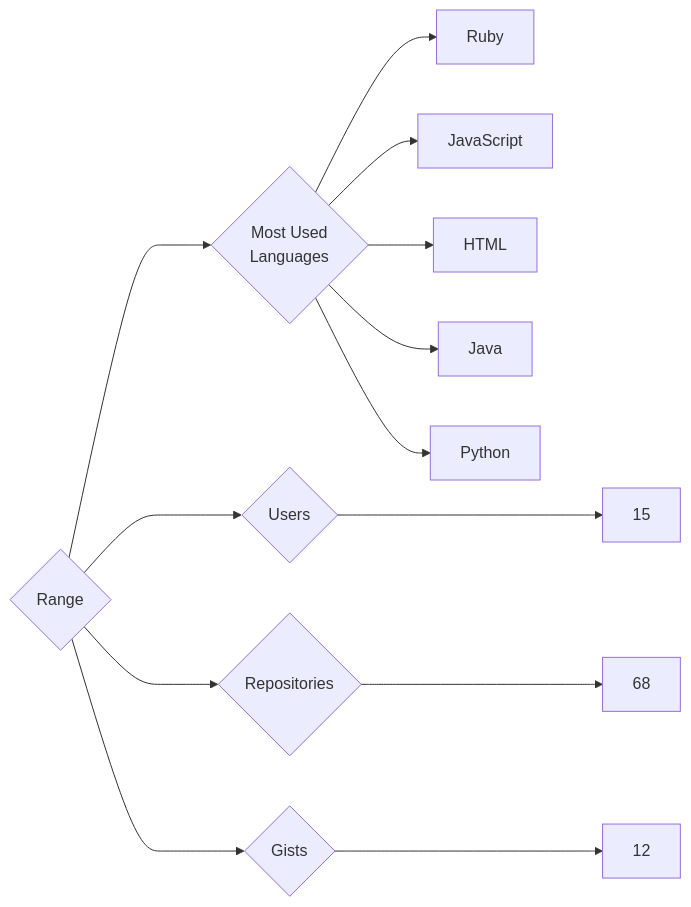
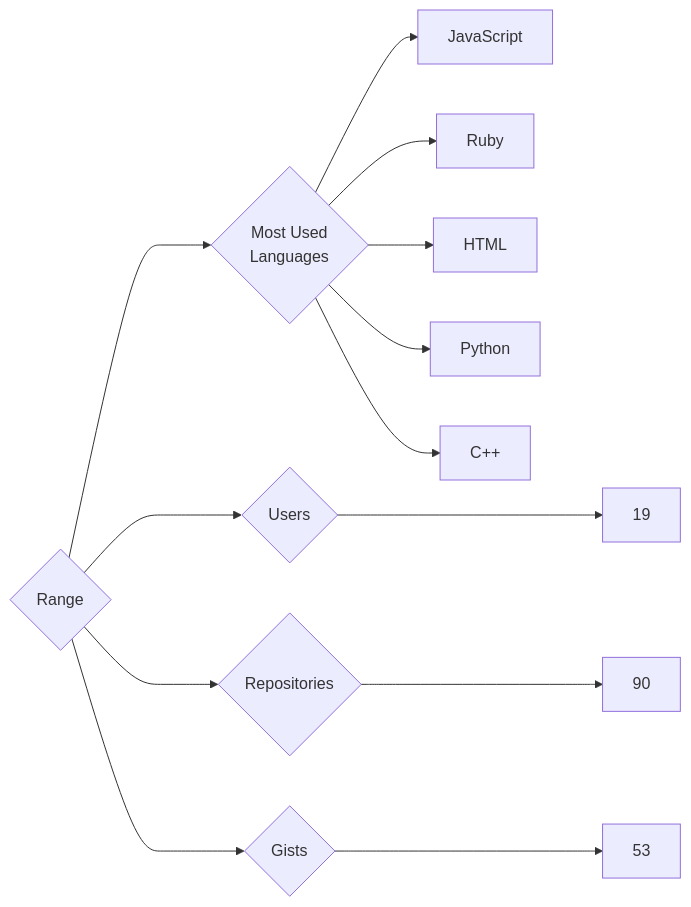
One commit to trickest/insiders changed the diagram in targets/Range/README.md. Above: the diagram before and after it, drawn with Mermaid. The commit also changed 928 other files, not shown here.

````diff
--- a/targets/Range/README.md
+++ b/targets/Range/README.md
@@ -3,13 +3,13 @@
 ```mermaid
 graph LR
 COMPANY_NAME{Range}
-COMPANY_NAME ---> U{Users} ---> UN[15]
-COMPANY_NAME ---> R{Repositories} ---> RN[68]
-COMPANY_NAME ---> G{Gists} ---> GN[12]
+COMPANY_NAME ---> U{Users} ---> UN[19]
+COMPANY_NAME ---> R{Repositories} ---> RN[90]
+COMPANY_NAME ---> G{Gists} ---> GN[53]
 COMPANY_NAME ---> ML{Most Used<br>Languages}
+ML --> JavaScript[JavaScript]
 ML --> Ruby[Ruby]
-ML --> JavaScript[JavaScript]
 ML --> HTML[HTML]
-ML --> Java[Java]
 ML --> Python[Python]
+ML --> C++[C++]
 ```
````
